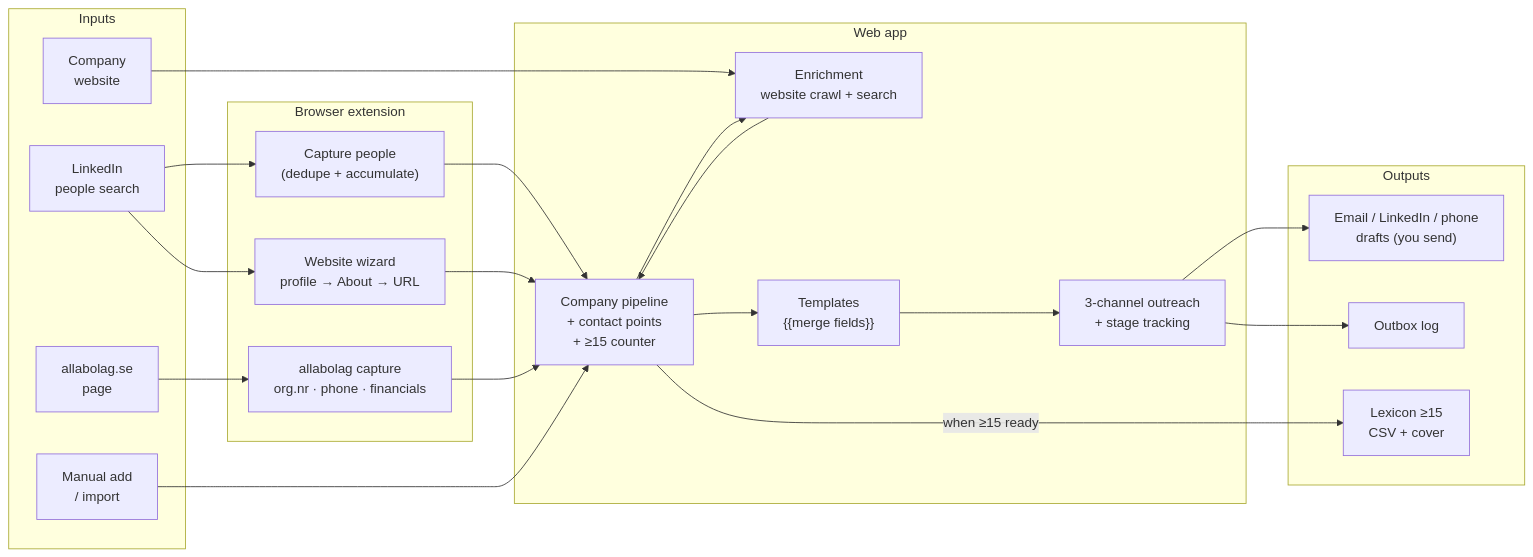
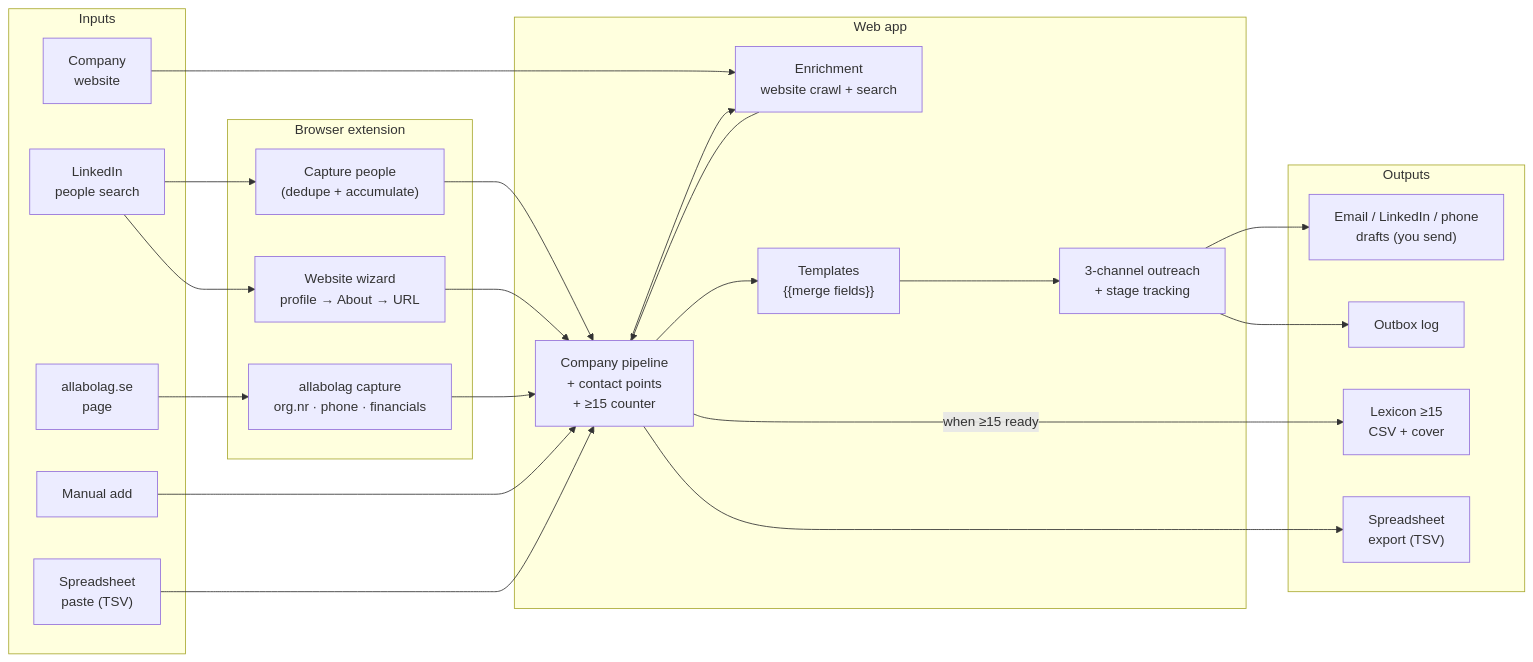
The diagram in README.md (laszloprekop/APL_search_assistant), drawn with Mermaid before and after one commit. The commit also changed other lines of this file and 8 other files, not shown here.

Commit message:
Import/Export: spreadsheet importer + exporter (TSV), replaces Import-capture menu (v0.19.0)

````diff
--- a/README.md
+++ b/README.md
@@ -140,39 +146,43 @@
 ```mermaid
 flowchart LR
   subgraph IN["Inputs"]
     LI["LinkedIn<br/>people search"]
     AB["allabolag.se<br/>page"]
     WEB["Company<br/>website"]
-    MAN["Manual add<br/>/ import"]
+    MAN["Manual add"]
+    SS["Spreadsheet<br/>paste (TSV)"]
   end
 
   subgraph EXT["Browser extension"]
     CAP["Capture people<br/>(dedupe + accumulate)"]
     WIZ["Website wizard<br/>profile → About → URL"]
     ABC["allabolag capture<br/>org.nr · phone · financials"]
   end
 
   subgraph APP["Web app"]
     PIPE["Company pipeline<br/>+ contact points<br/>+ ≥15 counter"]
     ENR["Enrichment<br/>website crawl + search"]
     TPL["Templates<br/>{{merge fields}}"]
     OUT["3-channel outreach<br/>+ stage tracking"]
   end
 
   subgraph OUTP["Outputs"]
     DRAFT["Email / LinkedIn / phone<br/>drafts (you send)"]
     OBX["Outbox log"]
     LEX["Lexicon ≥15<br/>CSV + cover"]
+    XPT["Spreadsheet<br/>export (TSV)"]
   end
 
   LI --> CAP --> PIPE
   LI --> WIZ --> PIPE
   AB --> ABC --> PIPE
   MAN --> PIPE
+  SS --> PIPE
   WEB --> ENR
   PIPE --> ENR --> PIPE
   PIPE --> TPL --> OUT
   OUT --> DRAFT
   OUT --> OBX
   PIPE -- "when ≥15 ready" --> LEX
+  PIPE --> XPT
 ```
````
